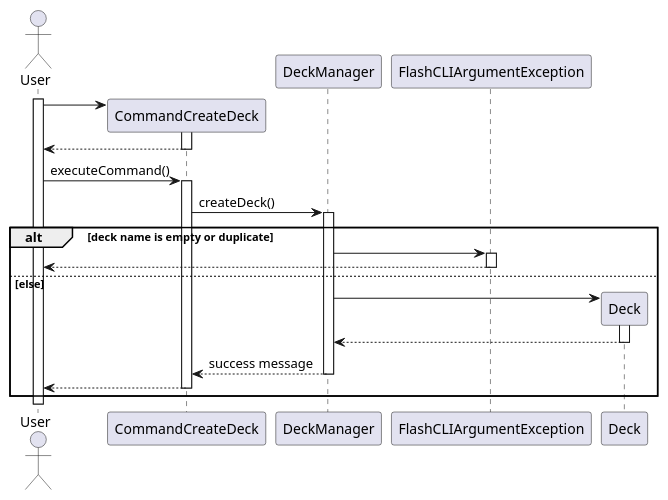
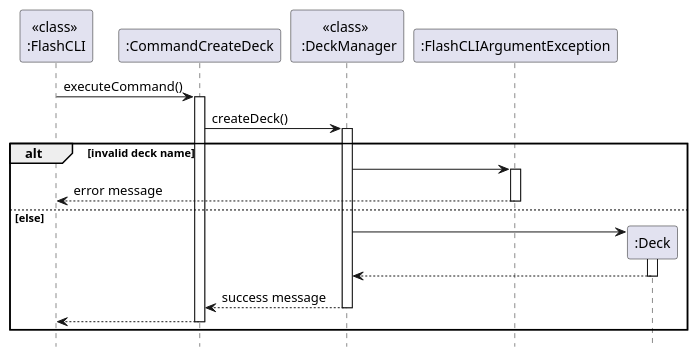
Before and after one commit to felfelyuen/tp: the diagram in docs/diagrams/CreateDeckSequenceDiagram.puml, drawn with PlantUML. The commit also changed 1 other file, not shown here.

Commit message:
Update developer's guide sequence diagrams

```diff
--- a/docs/diagrams/CreateDeckSequenceDiagram.puml
+++ b/docs/diagrams/CreateDeckSequenceDiagram.puml
@@ -1,41 +1,33 @@
 @startuml
 
-actor User
-participant CommandCreateDeck
-participant DeckManager
-participant FlashCLIArgumentException
-participant Deck
+hide footbox
+participant "<<class>> \n:FlashCLI" as FlashCLI
+participant ":CommandCreateDeck" as CommandCreateDeck
+participant "<<class>> \n :DeckManager" as DeckManager
+participant ":FlashCLIArgumentException" as FlashCLIArgumentException
+participant ":Deck" as Deck
 
-activate User
-create CommandCreateDeck
-User -> CommandCreateDeck
-activate CommandCreateDeck
-
-CommandCreateDeck --> User
-deactivate CommandCreateDeck
-
-
-User -> CommandCreateDeck: executeCommand()
+FlashCLI -> CommandCreateDeck: executeCommand()
 activate CommandCreateDeck
 CommandCreateDeck -> DeckManager: createDeck()
 activate DeckManager
 
-alt deck name is empty or duplicate
+alt invalid deck name
     DeckManager -> FlashCLIArgumentException
     activate FlashCLIArgumentException
-    FlashCLIArgumentException --> User
+    FlashCLIArgumentException --> FlashCLI: error message
     deactivate FlashCLIArgumentException
 
 else else
     create Deck
     DeckManager -> Deck
     activate Deck
     Deck --> DeckManager
     deactivate Deck
     DeckManager --> CommandCreateDeck : success message
     deactivate DeckManager
-    CommandCreateDeck --> User
+    CommandCreateDeck --> FlashCLI
     deactivate CommandCreateDeck
 end alt
 
 @enduml
```
